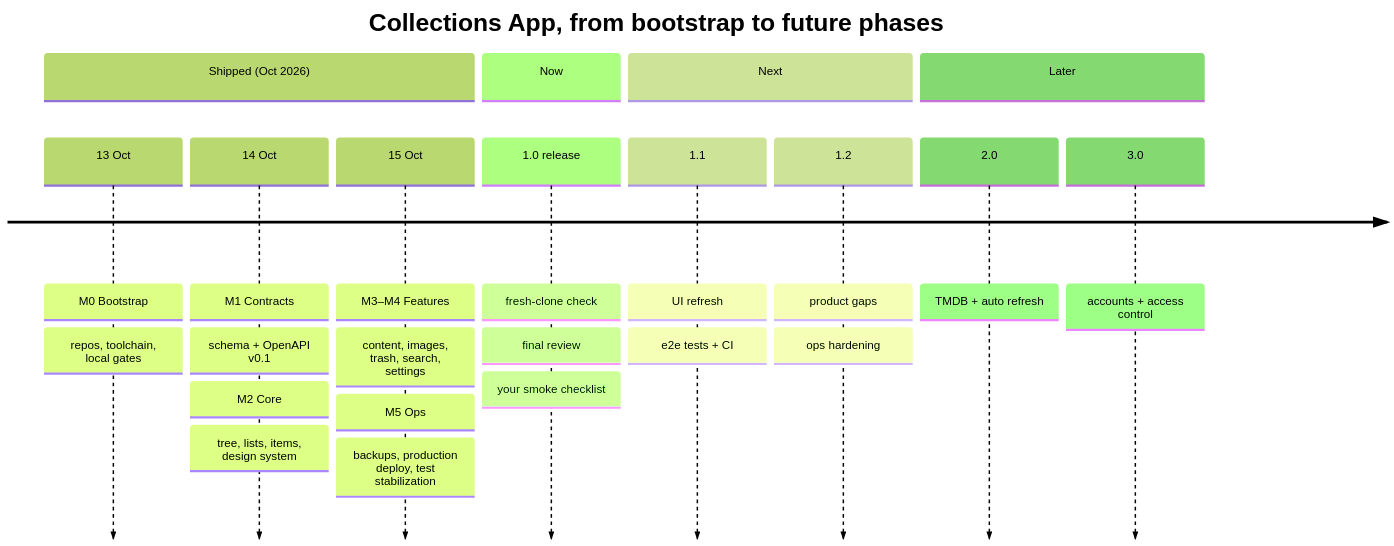
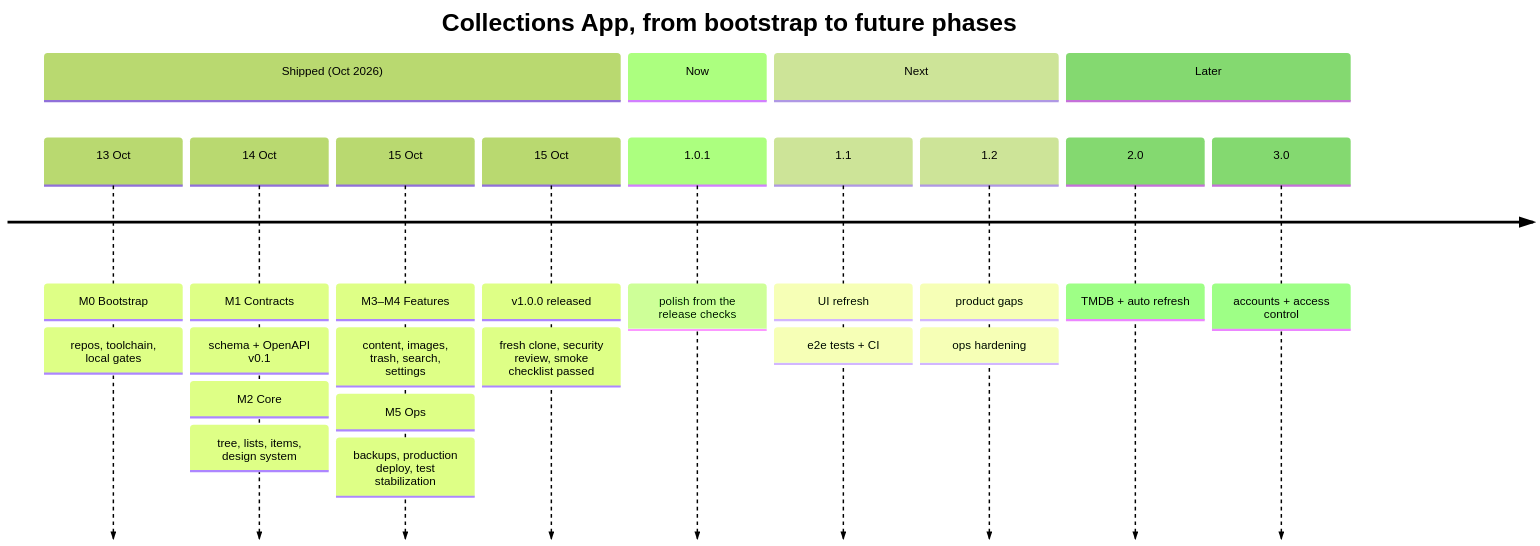
Before and after one commit to 0xfederama/collections-app: the first of 2 diagrams in ROADMAP.md, drawn with Mermaid (forest theme). The commit also changed other lines of this file and 8 other files, not shown here.

Commit message:
docs: release v1.0.0, start workflow v2 (F-000 bootstrap, F-006 1.0.1 polish draft)

````diff
--- a/ROADMAP.md
+++ b/ROADMAP.md
@@ -40,18 +41,19 @@
 ```mermaid
 timeline
     title Collections App, from bootstrap to future phases
     section Shipped (Oct 2026)
         13 Oct : M0 Bootstrap : repos, toolchain, local gates
         14 Oct : M1 Contracts : schema + OpenAPI v0.1
                : M2 Core : tree, lists, items, design system
         15 Oct : M3–M4 Features : content, images, trash, search, settings
                : M5 Ops : backups, production deploy, test stabilization
+        15 Oct : v1.0.0 released : fresh clone, security review, smoke checklist passed
     section Now
-        1.0 release : fresh-clone check : final review : your smoke checklist
+        1.0.1 : polish from the release checks
     section Next
         1.1 : UI refresh : e2e tests + CI
         1.2 : product gaps : ops hardening
     section Later
         2.0 : TMDB + auto refresh
         3.0 : accounts + access control
 ```
````
